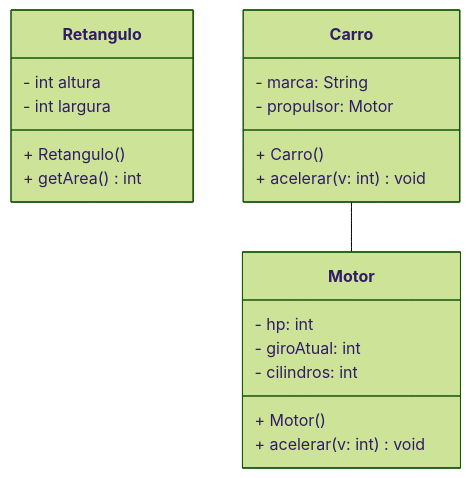
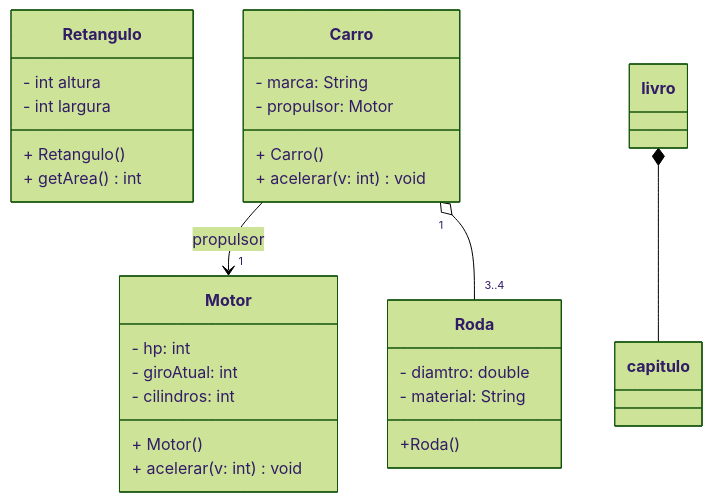
The diagram in aula-18/app/src/main/java/engtelecom/poo/README.md (Aluno55/POO), drawn with Mermaid (forest theme) before and after one commit. The commit also changed 7 other files, not shown here.

Commit message:
diagramas

````diff
--- a/aula-18/app/src/main/java/engtelecom/poo/README.md
+++ b/aula-18/app/src/main/java/engtelecom/poo/README.md
@@ -2,25 +2,33 @@
 ```mermaid
 classDiagram
 
     class Retangulo{
         - int altura
         - int largura
         + Retangulo ()    
         + getArea() int  
     }
+    Carro -->"1"Motor : propulsor
+    Carro "1"o--"3..4" Roda
 
     class Carro{
         - marca: String
         - propulsor: Motor
         + Carro()
         + acelerar(v: int) void
     }
-    Carro -- Motor
     class Motor{
         - hp: int
         - giroAtual: int
         - cilindros: int
         + Motor()
         + acelerar(v: int) void
     }
+    class Roda{
+        - diamtro: double
+        +Roda()
+        - material: String
+    }
+
+    livro *-- capitulo
 ```
````
